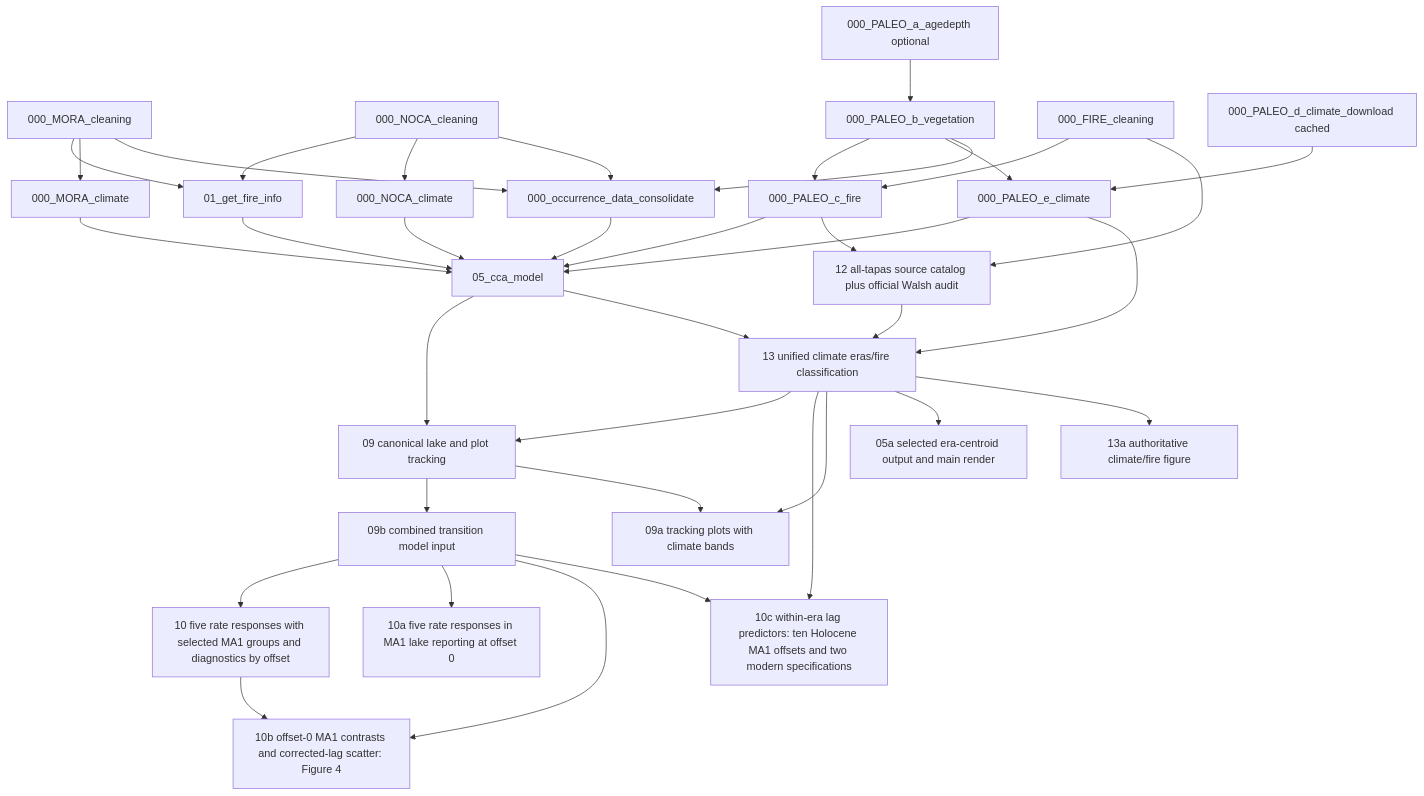
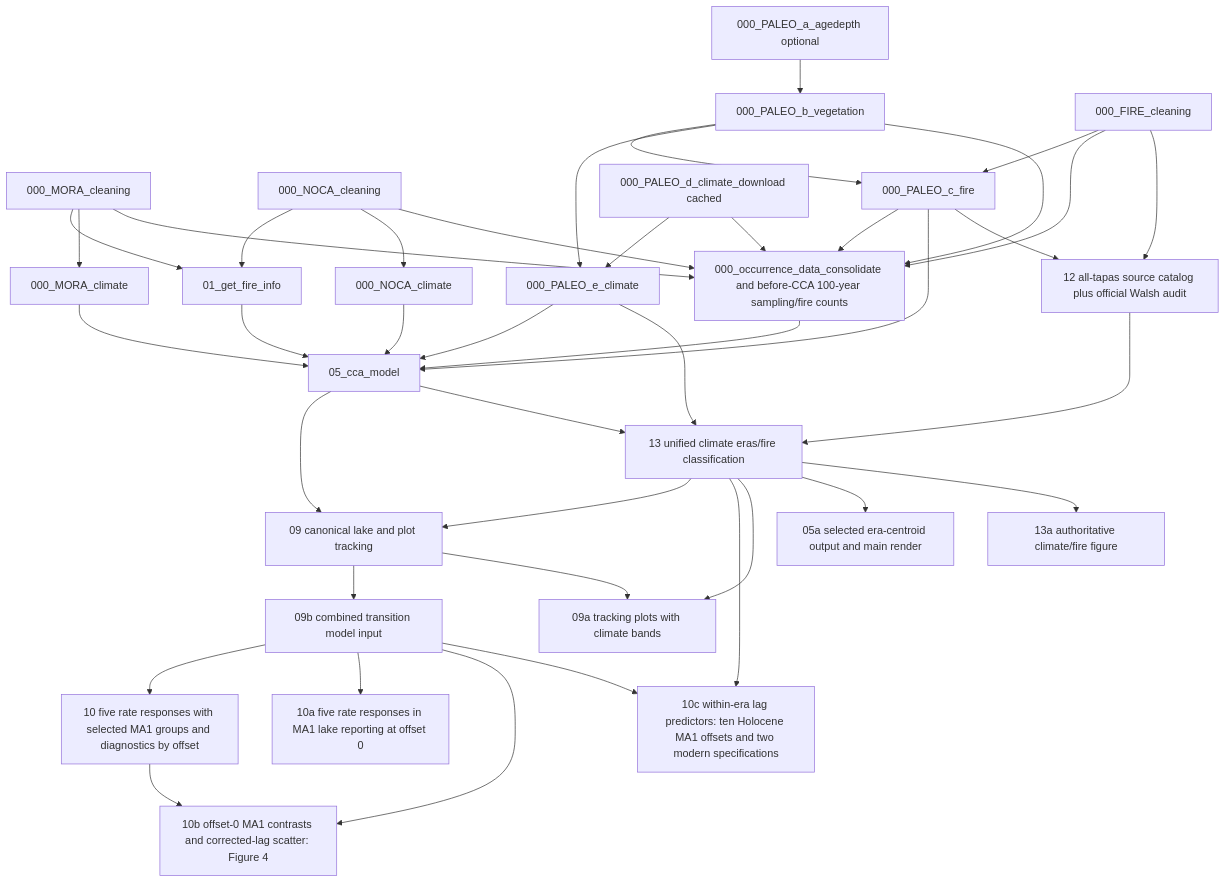
One commit to billurbektas/PaleoACES changed the diagram in docs/WORKFLOW.md. Above: the diagram before and after it, drawn with Mermaid. The commit also changed other lines of this file and 25 other files, not shown here.

Commit message:
Add native sampling and fire counts before CCA

````diff
--- a/docs/WORKFLOW.md
+++ b/docs/WORKFLOW.md
@@ -75,39 +75,42 @@
 ```mermaid
 flowchart TD
   MV[000_MORA_cleaning] --> AF[01_get_fire_info]
   NV[000_NOCA_cleaning] --> AF
   MV --> MC[000_MORA_climate]
   NV --> NC[000_NOCA_climate]
   BA[000_PALEO_a_agedepth optional] --> PV[000_PALEO_b_vegetation]
   FW[000_FIRE_cleaning] --> PF[000_PALEO_c_fire]
   PV --> PF
   PD[000_PALEO_d_climate_download cached] --> PE[000_PALEO_e_climate]
   PV --> PE
-  MV --> OC[000_occurrence_data_consolidate]
+  MV --> OC[000_occurrence_data_consolidate and before-CCA 100-year sampling/fire counts]
   NV --> OC
   PV --> OC
+  PD --> OC
+  FW --> OC
+  PF --> OC
   OC --> CCA[05_cca_model]
   MC --> CCA
   NC --> CCA
   PE --> CCA
   AF --> CCA
   PF --> CCA
   CCA --> TM1[09 canonical lake and plot tracking]
   FW --> WR[12 all-tapas source catalog plus official Walsh audit]
   PF --> WR
   CCA --> ER[13 unified climate eras/fire classification]
   ER --> TM1
   TM1 --> MD[09b combined transition model input]
   MD --> GLS[10 five rate responses with selected MA1 groups and diagnostics by offset]
   MD --> LS[10a five rate responses in MA1 lake reporting at offset 0]
   MD --> MF[10b offset-0 MA1 contrasts and corrected-lag scatter: Figure 4]
   MD --> PM[10c within-era lag predictors: ten Holocene MA1 offsets and two modern specifications]
   ER --> PM
   GLS --> MF
   TM1 --> TV[09a tracking plots with climate bands]
   ER --> TV
   PE --> ER
   WR --> ER
   ER --> CA[05a selected era-centroid output and main render]
   ER --> CF[13a authoritative climate/fire figure]
 ```
````
